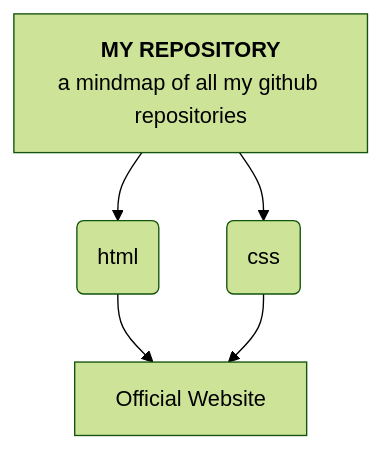
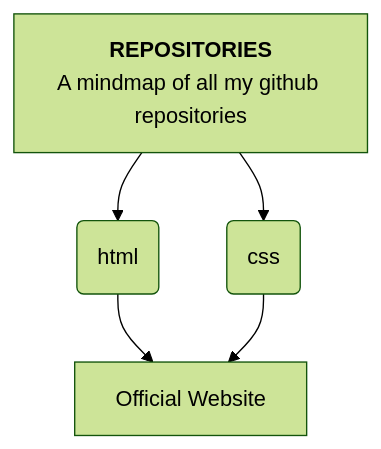
One commit to ABHIJEETH-V-N/ABHIJEETH-V-N changed the diagram in README.md. Above: the diagram before and after it, drawn with Mermaid (forest theme).

````diff
--- a/README.md
+++ b/README.md
@@ -17,10 +17,10 @@
 ```mermaid
 %%{init: {"flowchart": {"htmlLabels": false}} }%%
 flowchart TD
-markdown["`**MY REPOSITORY**
-a mindmap of all my github repositories`"]    
+markdown["`**REPOSITORIES**
+A mindmap of all my github repositories`"]    
 markdown -->A(html)
 markdown-->B(css)
 A-->re1[Official Website]
 B-->re1
 ```
````
